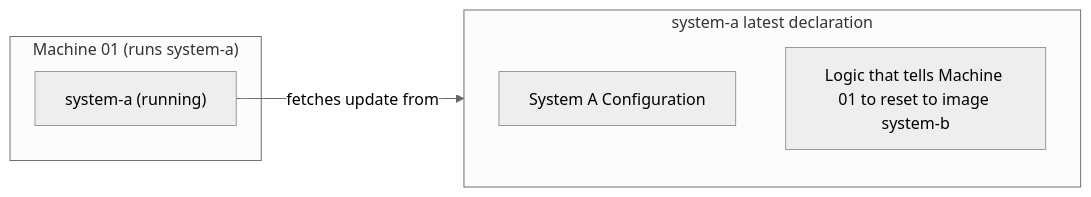
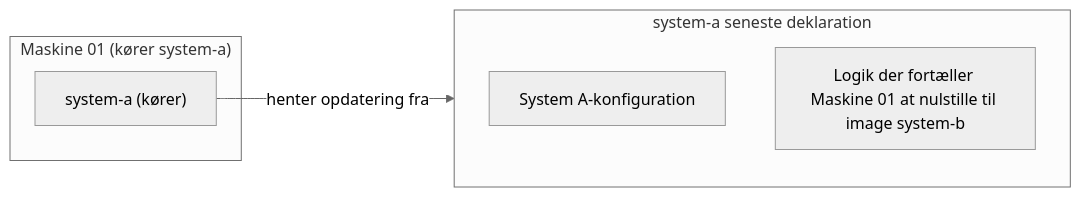
One commit to 0xf1e/os2fri-dokumentation changed the ninth of 9 diagrams in presentation/slides.md. Above: the diagram before and after it, drawn with Mermaid (neutral theme). The commit also changed other lines of this file, not shown here.

Commit message:
præsentation: oversæt til dansk

```diff
--- a/presentation/slides.md
+++ b/presentation/slides.md
@@ -260,11 +260,11 @@
 <div class="mermaid">
 flowchart LR
-subgraph machine["Machine 01 (runs system-a)"]
-    systemA["system-a (running)"]
+subgraph machine["Maskine 01 (kører system-a)"]
+    systemA["system-a (kører)"]
 end
-subgraph systemAStream["system-a latest declaration"]
-    conf["System A Configuration"]
-    reset["Logic that tells Machine 01 to reset to image system-b"]
+subgraph systemAStream["system-a seneste deklaration"]
+    conf["System A-konfiguration"]
+    reset["Logik der fortæller Maskine 01 at nulstille til image system-b"]
 end
-systemA -->|fetches update from| systemAStream
+systemA -->|henter opdatering fra| systemAStream
 </div>
```
